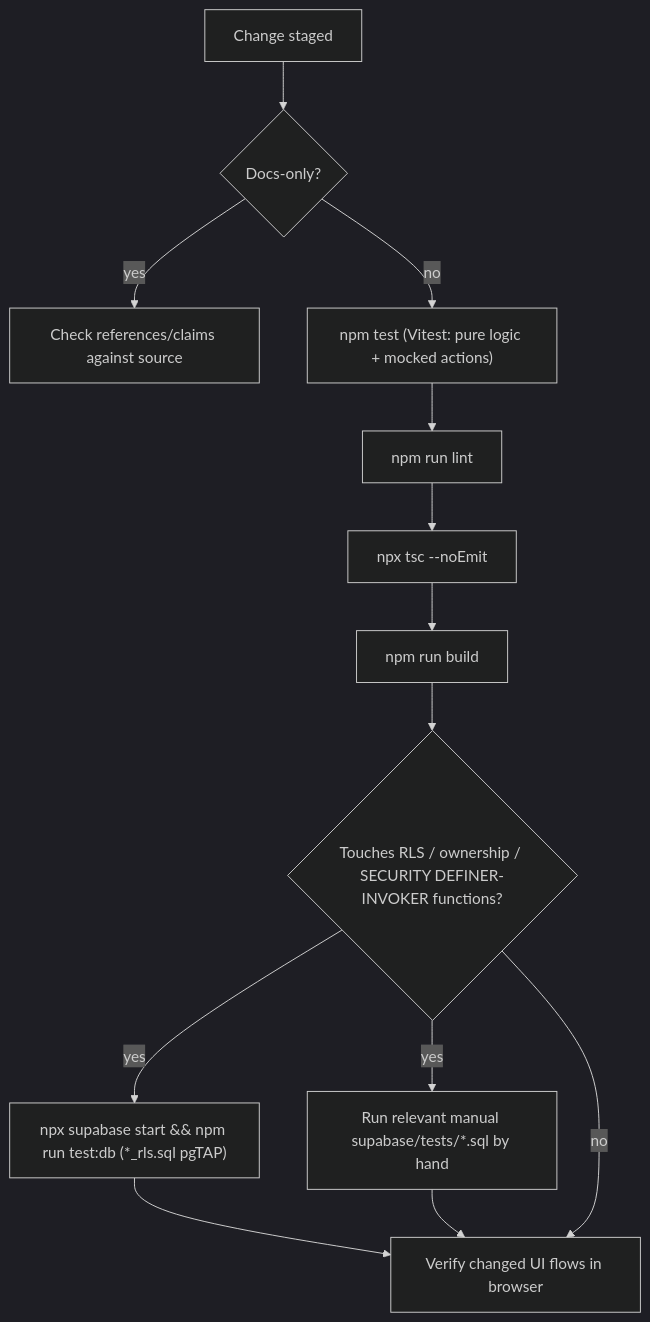
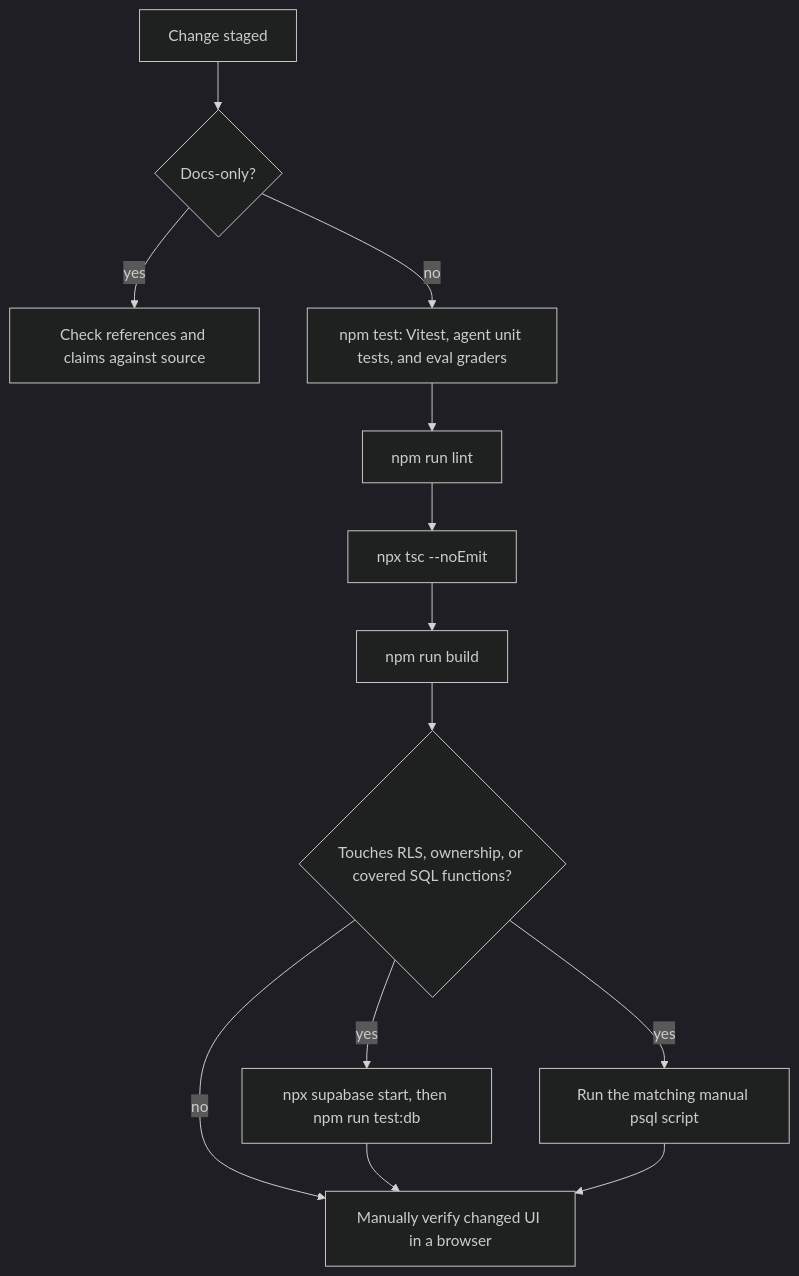
Before and after one commit to jms-dcksn/lifting-app: the second of 2 diagrams in openwiki/testing/testing-strategy.md, drawn with Mermaid (dark theme). The commit also changed other lines of this file and 40 other files, not shown here.

````diff
--- a/openwiki/testing/testing-strategy.md
+++ b/openwiki/testing/testing-strategy.md
@@ -188,15 +223,15 @@
 ```mermaid
 flowchart TD
-  A[Change staged] --> B{Docs-only?}
-  B -- yes --> C[Check references/claims against source]
-  B -- no --> D["npm test (Vitest: pure logic + mocked actions)"]
-  D --> E[npm run lint]
-  E --> F[npx tsc --noEmit]
-  F --> G[npm run build]
-  G --> H{Touches RLS / ownership / SECURITY DEFINER-INVOKER functions?}
-  H -- yes --> I["npx supabase start && npm run test:db (*_rls.sql pgTAP)"]
-  H -- yes --> J[Run relevant manual supabase/tests/*.sql by hand]
-  I --> K[Verify changed UI flows in browser]
-  J --> K
-  H -- no --> K
+  change[Change staged] --> docsOnly{Docs-only?}
+  docsOnly -->|yes| claims[Check references and claims against source]
+  docsOnly -->|no| vitest["npm test: Vitest, agent unit tests, and eval graders"]
+  vitest --> lint[npm run lint]
+  lint --> typecheck["npx tsc --noEmit"]
+  typecheck --> build[npm run build]
+  build --> dbTouch{Touches RLS, ownership, or covered SQL functions?}
+  dbTouch -->|yes| tap["npx supabase start, then npm run test:db"]
+  dbTouch -->|yes| manual[Run the matching manual psql script]
+  dbTouch -->|no| browser[Manually verify changed UI in a browser]
+  tap --> browser
+  manual --> browser
 ```
````
